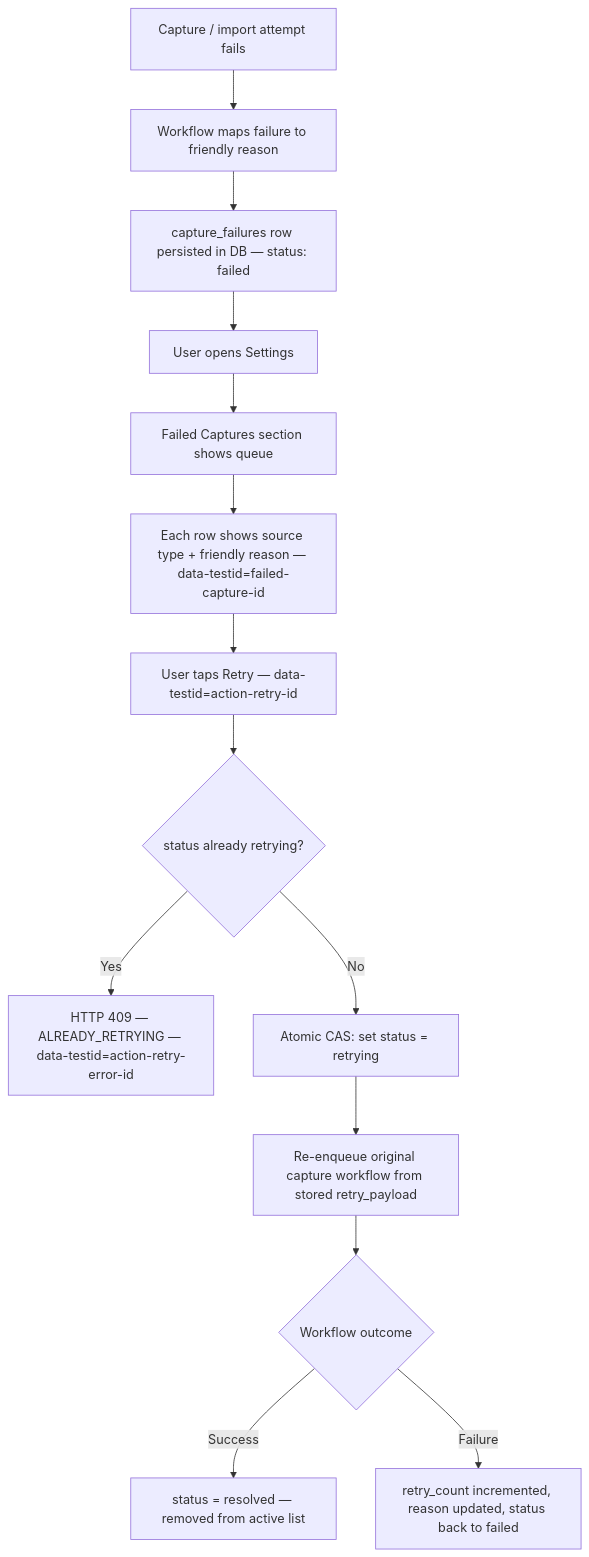
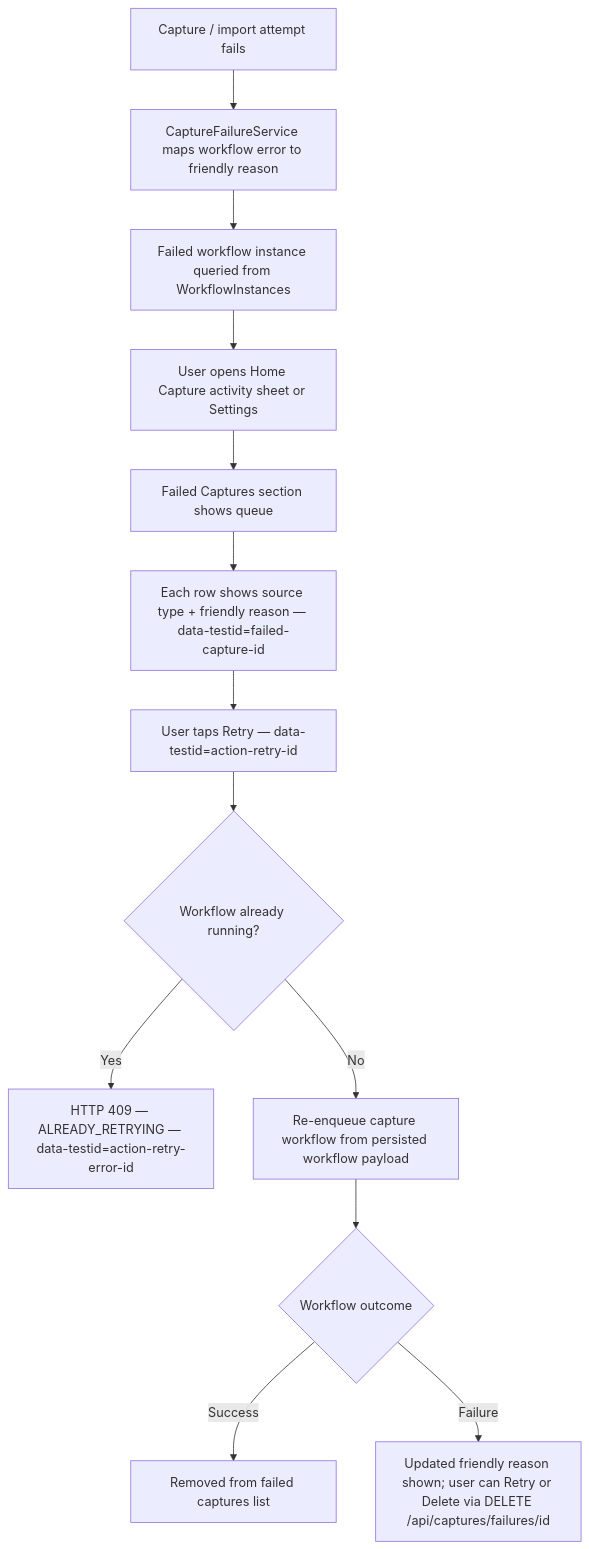
The sixth of 6 diagrams in docs/flows/user-flows/recipe-search-and-library-recovery.md (AlexandreBrisebois/whats-for-supper), drawn with Mermaid before and after one commit. The commit also changed other lines of this file and 280 other files, not shown here.

````diff
--- a/docs/flows/user-flows/recipe-search-and-library-recovery.md
+++ b/docs/flows/user-flows/recipe-search-and-library-recovery.md
@@ -308,16 +310,15 @@
 ```mermaid
 flowchart TD
-    A[Capture / import attempt fails] --> B[Workflow maps failure to friendly reason]
-    B --> C[capture_failures row persisted in DB — status: failed]
-    C --> D[User opens Settings]
+    A[Capture / import attempt fails] --> B[CaptureFailureService maps workflow error to friendly reason]
+    B --> C[Failed workflow instance queried from WorkflowInstances]
+    C --> D[User opens Home Capture activity sheet or Settings]
     D --> E[Failed Captures section shows queue]
     E --> F[Each row shows source type + friendly reason — data-testid=failed-capture-id]
     F --> G[User taps Retry — data-testid=action-retry-id]
-    G --> H{status already retrying?}
+    G --> H{Workflow already running?}
     H -->|Yes| I[HTTP 409 — ALREADY_RETRYING — data-testid=action-retry-error-id]
-    H -->|No| J[Atomic CAS: set status = retrying]
-    J --> K[Re-enqueue original capture workflow from stored retry_payload]
-    K --> L{Workflow outcome}
-    L -->|Success| M[status = resolved — removed from active list]
-    L -->|Failure| N[retry_count incremented, reason updated, status back to failed]
+    H -->|No| J[Re-enqueue capture workflow from persisted workflow payload]
+    J --> K{Workflow outcome}
+    K -->|Success| L[Removed from failed captures list]
+    K -->|Failure| M[Updated friendly reason shown; user can Retry or Delete via DELETE /api/captures/failures/id]
 ```
````
